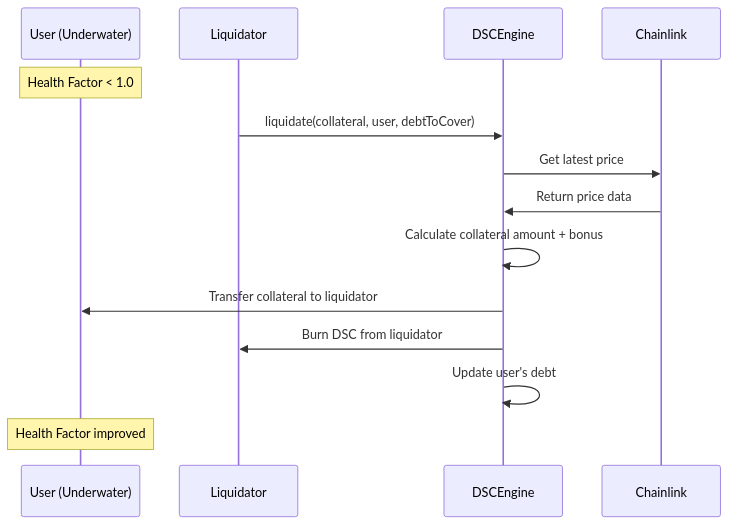
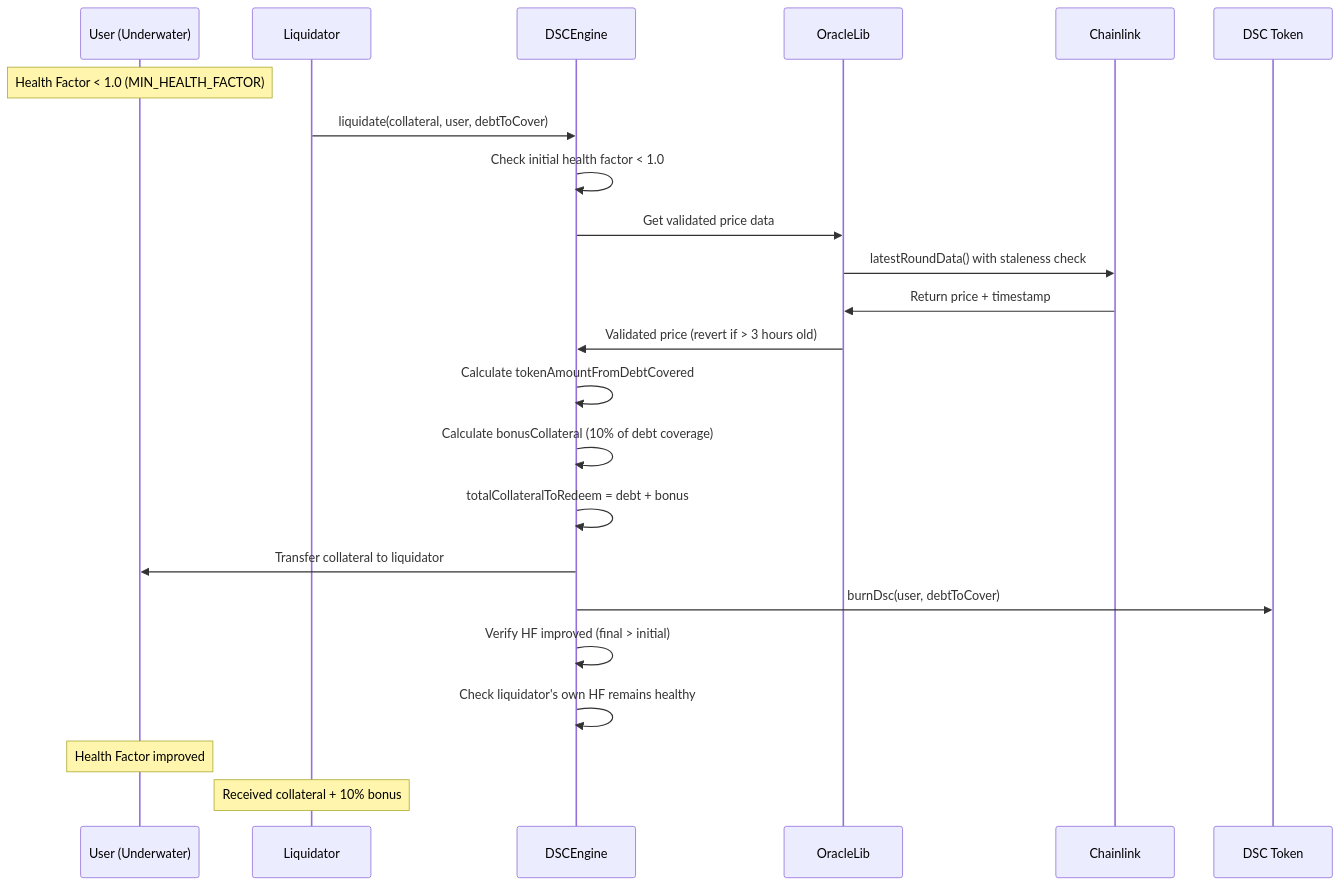
The fourth of 4 diagrams in README.md (chauhan-varun/Valora-stablecoin-contract), drawn with Mermaid before and after one commit. The commit also changed other lines of this file, not shown here.

Commit message:
Update README to enhance documentation of system components and interactions; clarify roles of OracleLib and its integration with price feeds, and improve descriptions of user and liquidator actions in the collateral management process.

````diff
--- a/README.md
+++ b/README.md
@@ -249,17 +272,30 @@
 ```mermaid
 sequenceDiagram
     participant U as User (Underwater)
     participant L as Liquidator
     participant E as DSCEngine
+    participant OL as OracleLib
     participant C as Chainlink
+    participant DSC as DSC Token
 
-    Note over U: Health Factor < 1.0
+    Note over U: Health Factor < 1.0 (MIN_HEALTH_FACTOR)
     L->>E: liquidate(collateral, user, debtToCover)
-    E->>C: Get latest price
-    C->>E: Return price data
-    E->>E: Calculate collateral amount + bonus
+    E->>E: Check initial health factor < 1.0
+    E->>OL: Get validated price data
+    OL->>C: latestRoundData() with staleness check
+    C->>OL: Return price + timestamp
+    OL->>E: Validated price (revert if > 3 hours old)
+    
+    E->>E: Calculate tokenAmountFromDebtCovered
+    E->>E: Calculate bonusCollateral (10% of debt coverage)
+    E->>E: totalCollateralToRedeem = debt + bonus
+    
     E->>U: Transfer collateral to liquidator
-    E->>L: Burn DSC from liquidator
-    E->>E: Update user's debt
+    E->>DSC: burnDsc(user, debtToCover)
+    
+    E->>E: Verify HF improved (final > initial)
+    E->>E: Check liquidator's own HF remains healthy
+    
     Note over U: Health Factor improved
+    Note over L: Received collateral + 10% bonus
 ```
````
